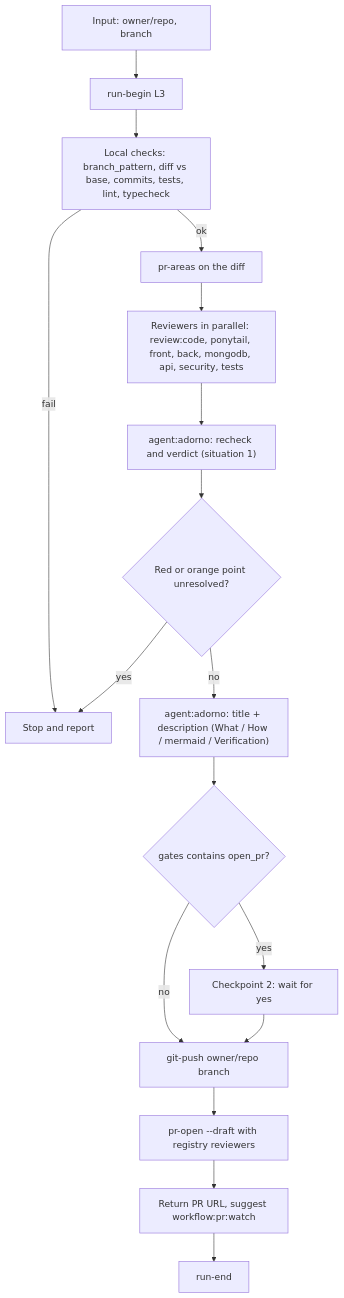
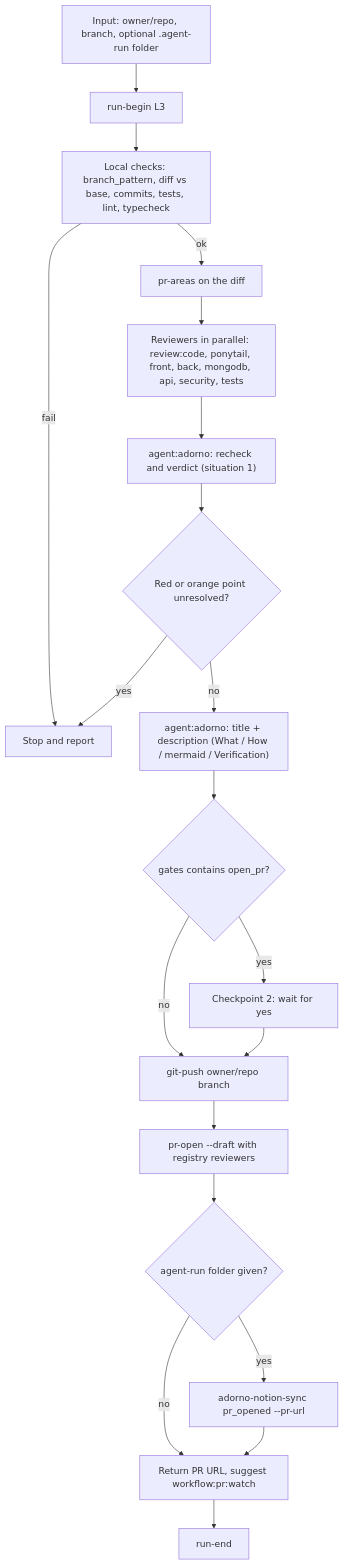
Before and after one commit to nicolasmondain/adorno: the second of 5 diagrams in src/workflows/pr/SCHEMA.md, drawn with Mermaid. The commit also changed 58 other files, not shown here.

````diff
--- a/src/workflows/pr/SCHEMA.md
+++ b/src/workflows/pr/SCHEMA.md
@@ -26,19 +26,22 @@
 ```mermaid
 flowchart TD
-  A["Input: owner/repo, branch"] --> B["run-begin L3"]
+  A["Input: owner/repo, branch, optional .agent-run folder"] --> B["run-begin L3"]
   B --> C["Local checks: branch_pattern, diff vs base, commits, tests, lint, typecheck"]
   C -->|"fail"| X["Stop and report"]
   C -->|"ok"| D["pr-areas on the diff"]
   D --> E["Reviewers in parallel: review:code, ponytail, front, back, mongodb, api, security, tests"]
   E --> F["agent:adorno: recheck and verdict (situation 1)"]
   F --> G{"Red or orange point unresolved?"}
   G -->|"yes"| X
   G -->|"no"| H["agent:adorno: title + description (What / How / mermaid / Verification)"]
   H --> I{"gates contains open_pr?"}
   I -->|"yes"| J["Checkpoint 2: wait for yes"]
   I -->|"no"| K["git-push owner/repo branch"]
   J --> K
   K --> L["pr-open --draft with registry reviewers"]
-  L --> M["Return PR URL, suggest workflow:pr:watch"]
+  L --> NS{"agent-run folder given?"}
+  NS -->|"yes"| NP["adorno-notion-sync pr_opened --pr-url"]
+  NS -->|"no"| M["Return PR URL, suggest workflow:pr:watch"]
+  NP --> M
   M --> N["run-end"]
 ```
````
